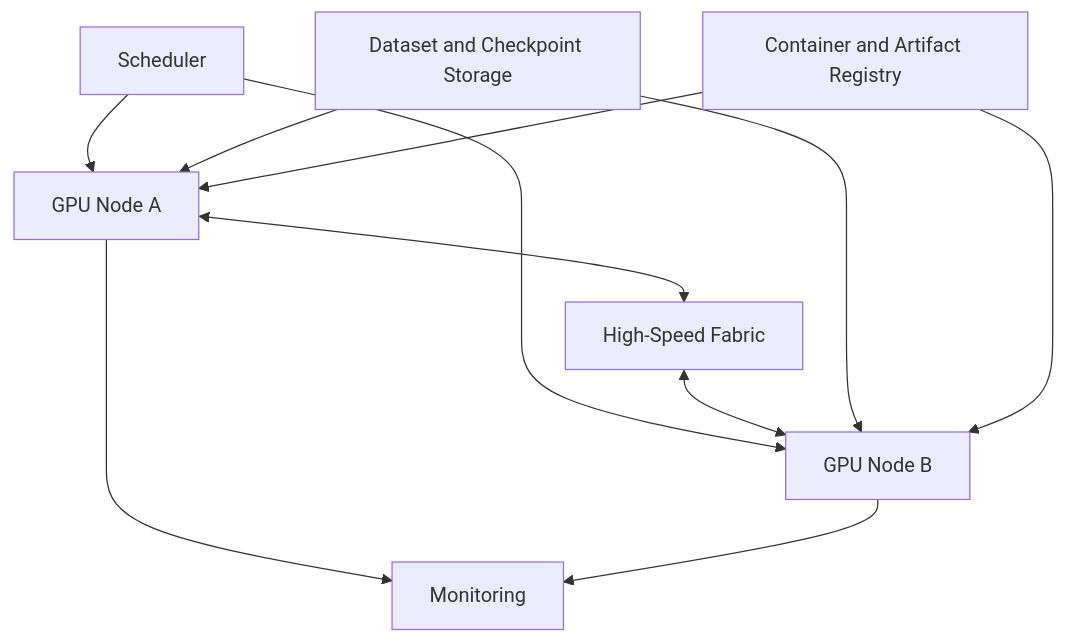
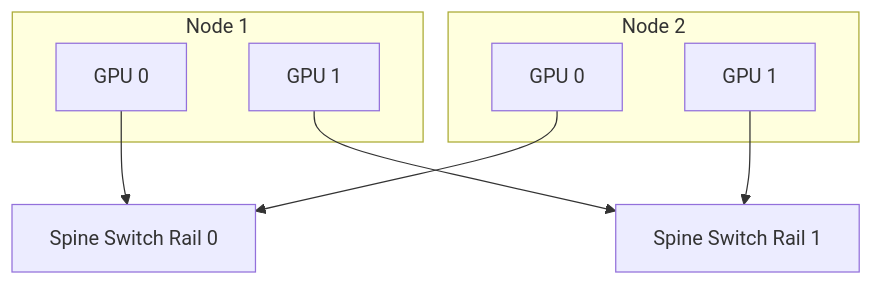
One commit to jithinpnjm/nvidia-devops changed the diagram in docs/nvidia-zero-to-hero/volume-13/chapter-10-multi-node-training-architecture.md. Above: the diagram before and after it, drawn with Mermaid. The commit also changed other lines of this file and 4 other files, not shown here.

````diff
--- a/docs/nvidia-zero-to-hero/volume-13/chapter-10-multi-node-training-architecture.md
+++ b/docs/nvidia-zero-to-hero/volume-13/chapter-10-multi-node-training-architecture.md
@@ -14,20 +39,20 @@
 ```mermaid
 flowchart TD
-    Scheduler[Scheduler]
-    NodeA[GPU Node A]
-    NodeB[GPU Node B]
-    Fabric[High-Speed Fabric]
-    Storage[Dataset and Checkpoint Storage]
-    Registry[Container and Artifact Registry]
-    Monitor[Monitoring]
+    subgraph Node 1
+        G1_0[GPU 0]
+        G1_1[GPU 1]
+    end
+    subgraph Node 2
+        G2_0[GPU 0]
+        G2_1[GPU 1]
+    end
+    
+    Switch0[Spine Switch Rail 0]
+    Switch1[Spine Switch Rail 1]
 
-    Scheduler --> NodeA
-    Scheduler --> NodeB
-    NodeA <--> Fabric <--> NodeB
-    Storage --> NodeA
-    Storage --> NodeB
-    Registry --> NodeA
-    Registry --> NodeB
-    NodeA --> Monitor
-    NodeB --> Monitor
+    G1_0 --> Switch0
+    G2_0 --> Switch0
+    
+    G1_1 --> Switch1
+    G2_1 --> Switch1
 ```
````
